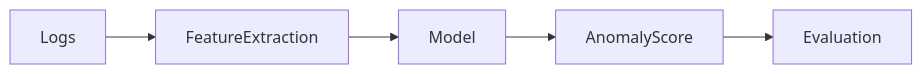
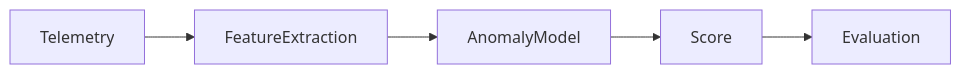
One commit to Adityansh-Chand/ai-incident-detection-platform changed the diagram in README.md. Above: the diagram before and after it, drawn with Mermaid. The commit also changed other lines of this file and 9 other files, not shown here.

````diff
--- a/README.md
+++ b/README.md
@@ -8,7 +8,7 @@
 ```mermaid
 flowchart LR
-Logs --> FeatureExtraction
-FeatureExtraction --> Model
-Model --> AnomalyScore
-AnomalyScore --> Evaluation
+  Telemetry --> FeatureExtraction
+  FeatureExtraction --> AnomalyModel
+  AnomalyModel --> Score
+  Score --> Evaluation
 ```
````
